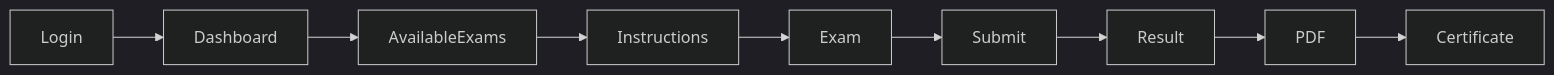
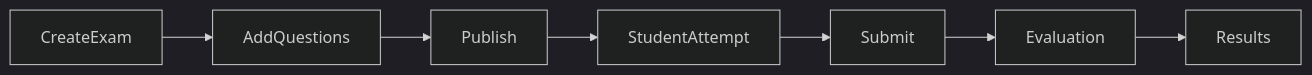
One commit to Venumohan004/AI-Exam-Portal changed the sixth of 6 diagrams in README.md. Above: the diagram before and after it, drawn with Mermaid (dark theme). The commit also changed other lines of this file, not shown here.

````diff
--- a/README.md
+++ b/README.md
@@ -1676,19 +681,24 @@
 ```mermaid
 flowchart LR
 
-Login --> Dashboard
+CreateExam
 
-Dashboard --> AvailableExams
+AddQuestions
 
-AvailableExams --> Instructions
+Publish
 
-Instructions --> Exam
+StudentAttempt
 
-Exam --> Submit
+Submit
 
-Submit --> Result
+Evaluation
 
-Result --> PDF
+Results
 
-PDF --> Certificate
+CreateExam --> AddQuestions
+AddQuestions --> Publish
+Publish --> StudentAttempt
+StudentAttempt --> Submit
+Submit --> Evaluation
+Evaluation --> Results
 ```
````
